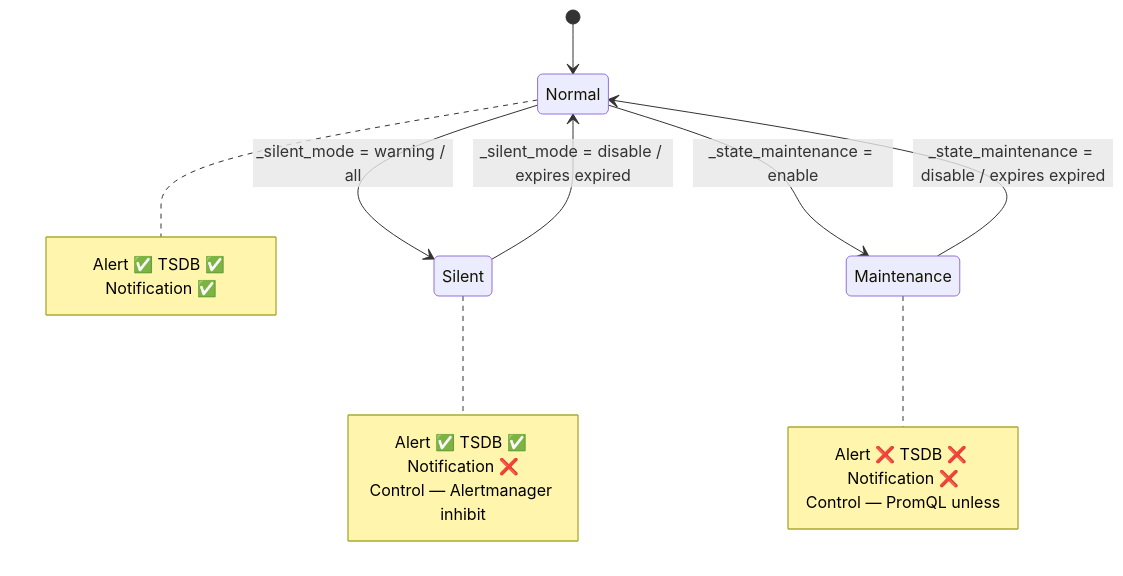
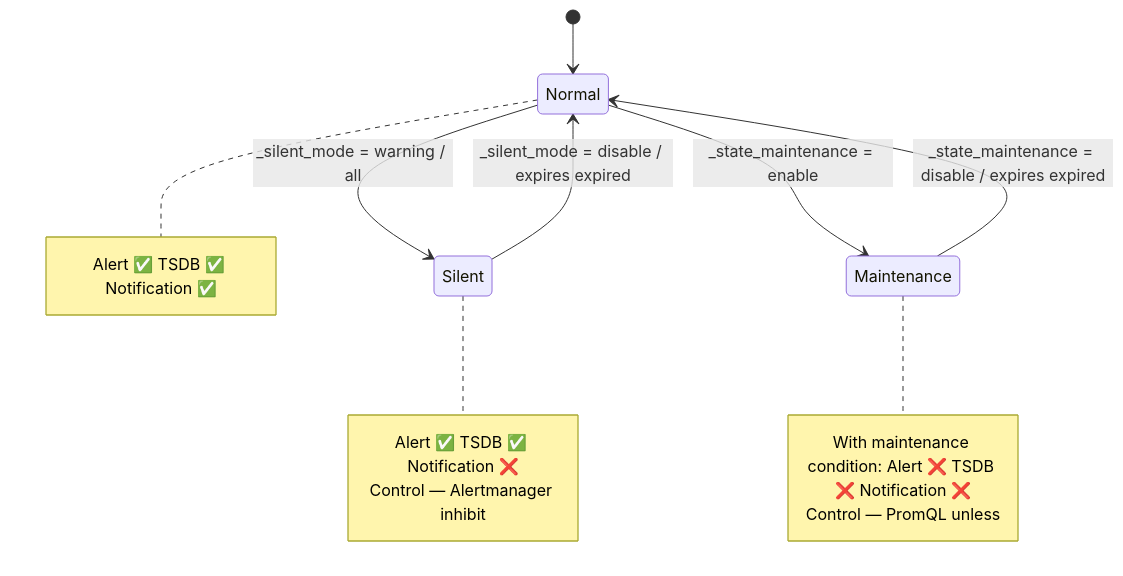
Before and after one commit to vencil/Dynamic-Alerting-Integrations: the second of 3 diagrams in docs/design/config-driven.en.md, drawn with Mermaid. The commit also changed other lines of this file and 13 other files, not shown here.

````diff
--- a/docs/design/config-driven.en.md
+++ b/docs/design/config-driven.en.md
@@ -479,20 +482,20 @@
 ```mermaid
 stateDiagram-v2
     [*] --> Normal
     Normal --> Silent : _silent_mode = warning / all
     Normal --> Maintenance : _state_maintenance = enable
     Silent --> Normal : _silent_mode = disable / expires expired
     Maintenance --> Normal : _state_maintenance = disable / expires expired
 
     note right of Normal
         Alert ✅ TSDB ✅ Notification ✅
     end note
     note right of Silent
         Alert ✅ TSDB ✅ Notification ❌
         Control — Alertmanager inhibit
     end note
     note right of Maintenance
-        Alert ❌ TSDB ❌ Notification ❌
+        With maintenance condition: Alert ❌ TSDB ❌ Notification ❌
         Control — PromQL unless
     end note
 ```
````
